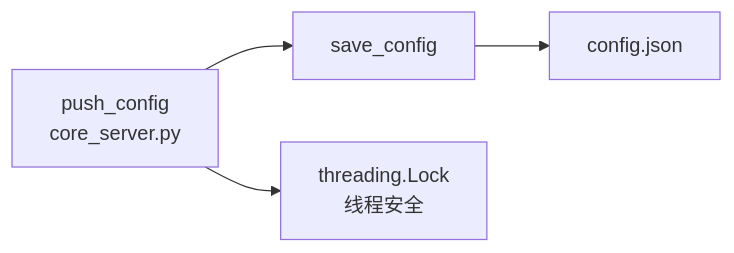
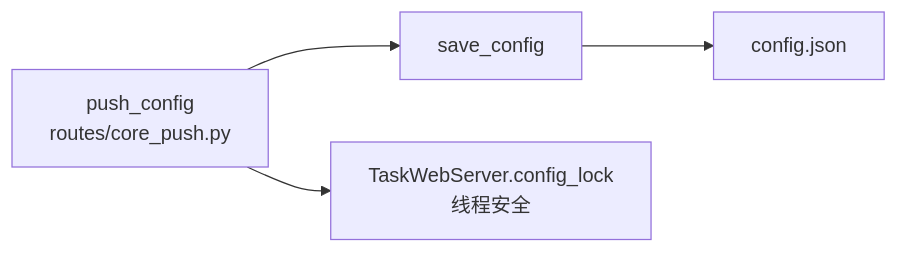
Before and after one commit to Mr-xiaotian/celestialflow-web: the diagram in docs/zh-CN/src/runtime/util_config.md, drawn with Mermaid. The commit also changed other lines of this file and 17 other files, not shown here.

````diff
--- a/docs/zh-CN/src/runtime/util_config.md
+++ b/docs/zh-CN/src/runtime/util_config.md
@@ -30,6 +30,6 @@
 ```mermaid
 flowchart LR
-    A[push_config<br/>core_server.py] --> B[save_config]
+    A[push_config<br/>routes/core_push.py] --> B[save_config]
     B --> C["config.json"]
-    A --> D[threading.Lock<br/>线程安全]
+    A --> D[TaskWebServer.config_lock<br/>线程安全]
 ```
````
